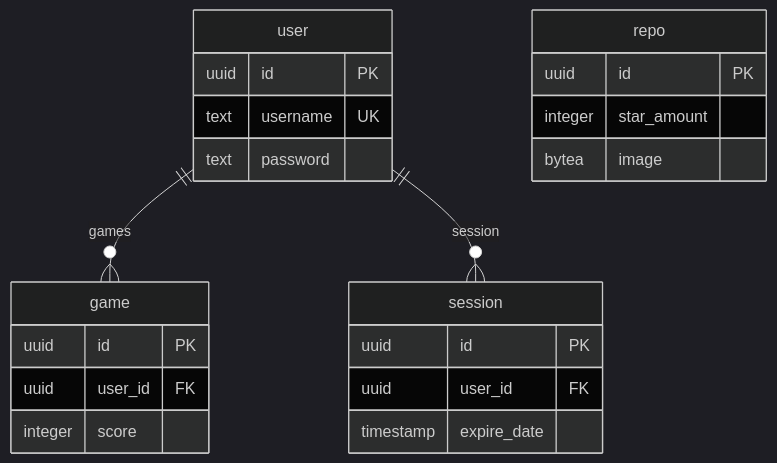
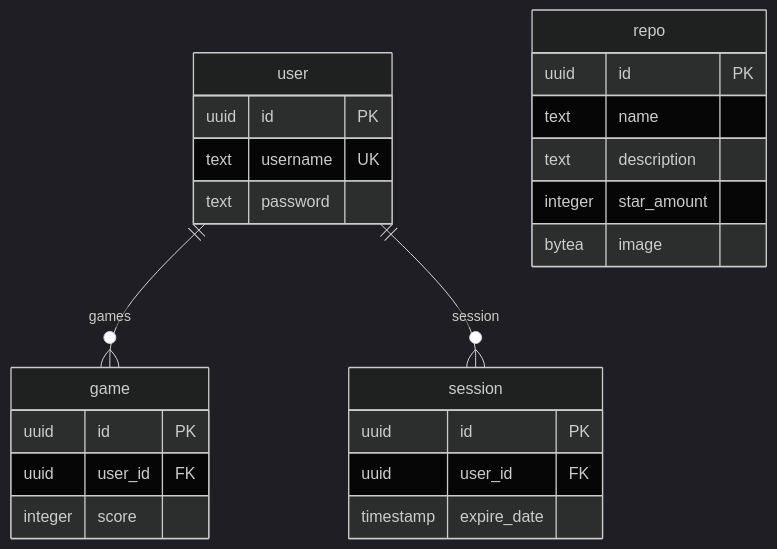
One commit to mwojtyna/hol-github changed the diagram in backend/docs/db_diagram.md. Above: the diagram before and after it, drawn with Mermaid (dark theme). The commit also changed 5 other files, not shown here.

````diff
--- a/backend/docs/db_diagram.md
+++ b/backend/docs/db_diagram.md
@@ -8,29 +8,31 @@
 ```mermaid
 erDiagram
     user {
         uuid id PK
         text username UK
         text password
     }
 
     session {
         uuid id PK
         uuid user_id FK
         timestamp expire_date
     }
 
     repo {
         uuid id PK
+        text name
+        text description
         integer star_amount
         bytea image
     }
 
     game {
         uuid id PK
         uuid user_id FK
         integer score
     }
 
     user 1--0+ game: "games"
     user 1--0+ session: "session"
 ```
````
